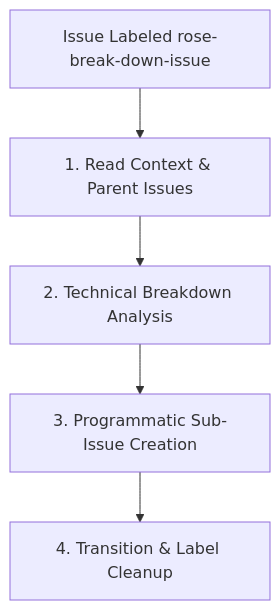
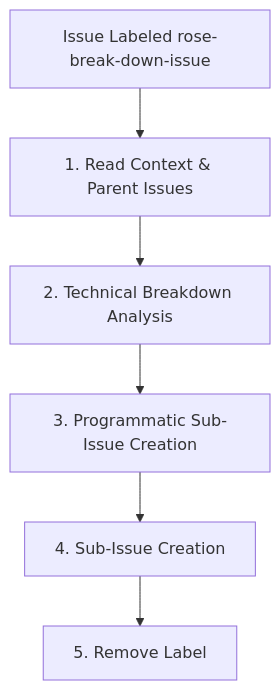
Before and after one commit to brotherlogic/rose: the diagram in .agent/workflows/seraphine-break-down-issue.md, drawn with Mermaid. The commit also changed other lines of this file and 5 other files, not shown here.

````diff
--- a/.agent/workflows/seraphine-break-down-issue.md
+++ b/.agent/workflows/seraphine-break-down-issue.md
@@ -7,7 +7,8 @@
 ```mermaid
 graph TD
     A[Issue Labeled rose-break-down-issue] --> B[1. Read Context & Parent Issues]
     B --> C[2. Technical Breakdown Analysis]
     C --> D[3. Programmatic Sub-Issue Creation]
-    D --> E[4. Transition & Label Cleanup]
+    D --> E[4. Sub-Issue Creation]
+    E --> F[5. Remove Label]
 ```
````
